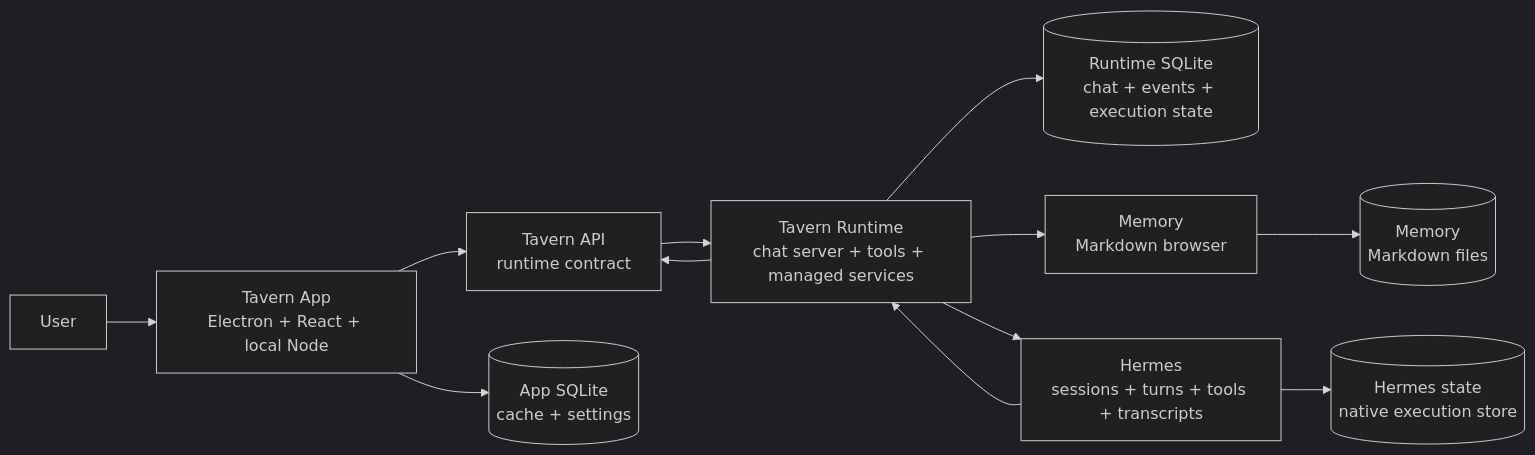
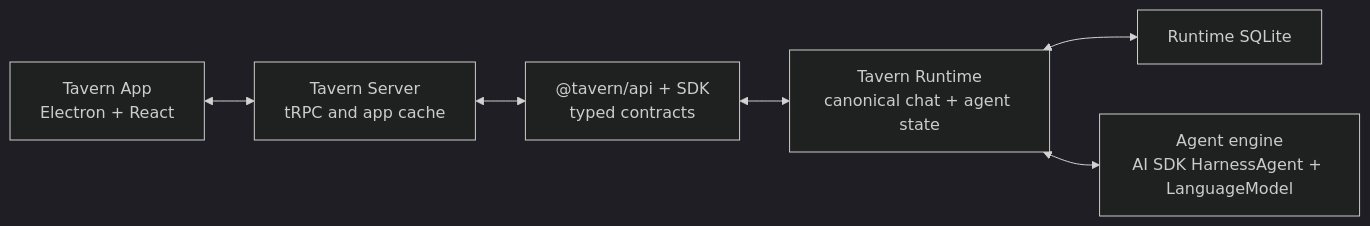
One commit to zknicker/tavern changed the diagram in docs/internals/architecture-overview.md. Above: the diagram before and after it, drawn with Mermaid (dark theme). The commit also changed other lines of this file and 598 other files, not shown here.

Commit message:
feat: add tavern agent engine foundation

````diff
--- a/docs/internals/architecture-overview.md
+++ b/docs/internals/architecture-overview.md
@@ -15,25 +13,15 @@
 ```mermaid
 flowchart LR
-    user[User]
-    app[Tavern App<br/>Electron + React + local Node]
-    api[Tavern API<br/>runtime contract]
-    appdb[(App SQLite<br/>cache + settings)]
-    runtime[Tavern Runtime<br/>chat server + tools + managed services]
-    runtimedb[(Runtime SQLite<br/>chat + events + execution state)]
-    memory[Memory<br/>Markdown browser]
-    memoryfiles[(Memory<br/>Markdown files)]
-    hermes[Hermes<br/>sessions + turns + tools + transcripts]
-    hermesstate[(Hermes state<br/>native execution store)]
+    app["Tavern App<br/>Electron + React"]
+    server["Tavern Server<br/>tRPC and app cache"]
+    sdk["@tavern/api + SDK<br/>typed contracts"]
+    runtime["Tavern Runtime<br/>canonical chat + agent state"]
+    db["Runtime SQLite"]
+    engine["Agent engine<br/>AI SDK HarnessAgent + LanguageModel"]
 
-    user --> app
-    app --> api
-    api --> runtime
-    app --> appdb
-    runtime --> runtimedb
-    runtime --> memory
-    memory --> memoryfiles
-    runtime --> hermes
-    hermes --> hermesstate
-    hermes --> runtime
-    runtime --> api
+    app <--> server
+    server <--> sdk
+    sdk <--> runtime
+    runtime <--> db
+    runtime <--> engine
 ```
````
